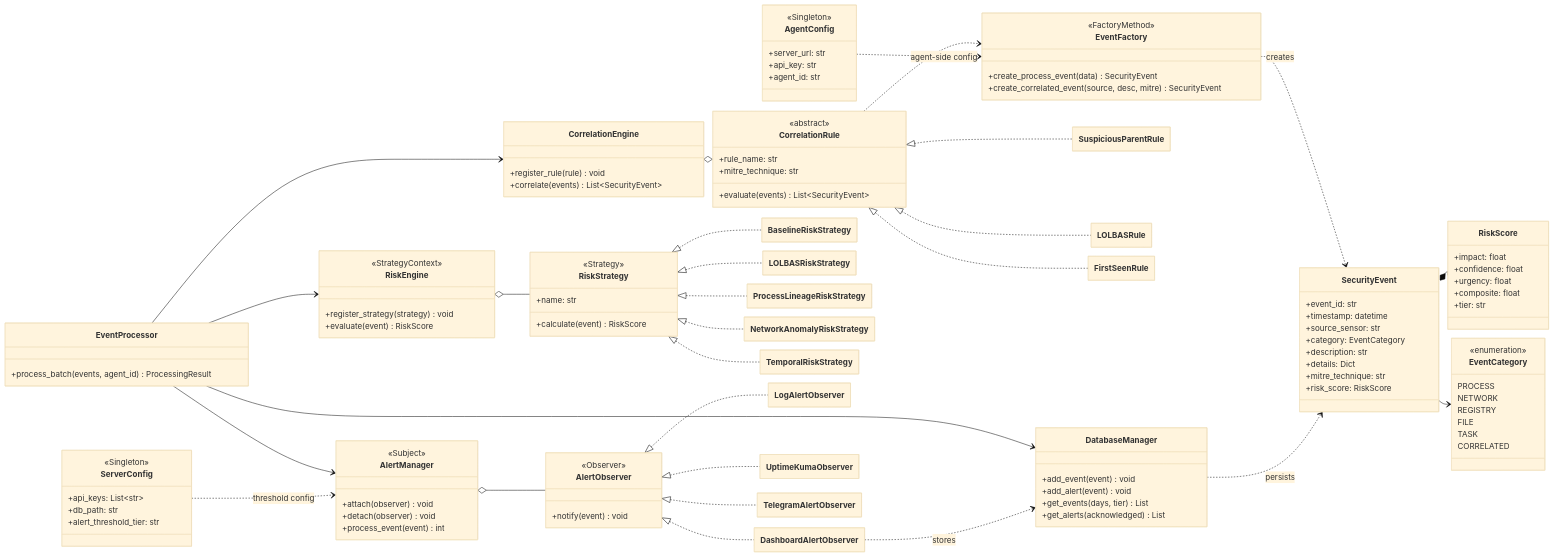
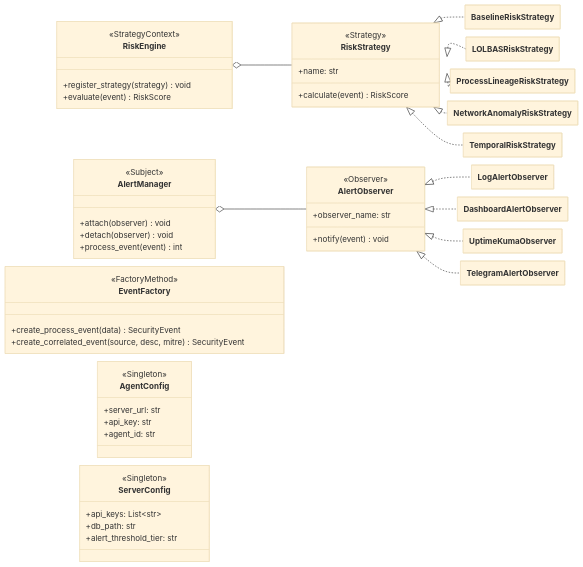
Before and after one commit to kupetsovkn24-lgtm/HIDS: the second of 4 diagrams in uml4.md, drawn with Mermaid. The commit also changed other lines of this file, not shown here.

Commit message:
Refactor UML diagrams and improve formatting

````diff
--- a/uml4.md
+++ b/uml4.md
@@ -3,36 +79,45 @@
 ```mermaid
-%%{init: {"theme":"base","flowchart":{"nodeSpacing":18,"rankSpacing":18},"class":{"hideEmptyMembersBox":true}}}%%
+%%{init: {"theme":"base","flowchart":{"nodeSpacing":16,"rankSpacing":16},"class":{"hideEmptyMembersBox":true}}}%%
 classDiagram
 direction LR
 
-class SecurityEvent {
-  +event_id: str
-  +timestamp: datetime
-  +source_sensor: str
-  +category: EventCategory
-  +description: str
-  +details: Dict
-  +mitre_technique: str
-  +risk_score: RiskScore
+class RiskEngine {
+  <<StrategyContext>>
+  +register_strategy(strategy) void
+  +evaluate(event) RiskScore
 }
 
-class RiskScore {
-  +impact: float
-  +confidence: float
-  +urgency: float
-  +composite: float
-  +tier: str
+class RiskStrategy {
+  <<Strategy>>
+  <<abstract>>
+  +calculate(event) RiskScore
+  +name: str
 }
 
-class EventCategory {
-  <<enumeration>>
-  PROCESS
-  NETWORK
-  REGISTRY
-  FILE
-  TASK
-  CORRELATED
+class BaselineRiskStrategy
+class LOLBASRiskStrategy
+class ProcessLineageRiskStrategy
+class NetworkAnomalyRiskStrategy
+class TemporalRiskStrategy
+
+class AlertManager {
+  <<Subject>>
+  +attach(observer) void
+  +detach(observer) void
+  +process_event(event) int
 }
+
+class AlertObserver {
+  <<Observer>>
+  <<abstract>>
+  +notify(event) void
+  +observer_name: str
+}
+
+class LogAlertObserver
+class DashboardAlertObserver
+class UptimeKumaObserver
+class TelegramAlertObserver
 
 class EventFactory {
   <<FactoryMethod>>
@@ -54,79 +139,6 @@
   +alert_threshold_tier: str
 }
 
-class CorrelationEngine {
-  +register_rule(rule) void
-  +correlate(events) List~SecurityEvent~
-}
-
-class CorrelationRule {
-  <<abstract>>
-  +evaluate(events) List~SecurityEvent~
-  +rule_name: str
-  +mitre_technique: str
-}
-
-class SuspiciousParentRule
-class LOLBASRule
-class FirstSeenRule
-
-class RiskEngine {
-  <<StrategyContext>>
-  +register_strategy(strategy) void
-  +evaluate(event) RiskScore
-}
-
-class RiskStrategy {
-  <<Strategy>>
-  +calculate(event) RiskScore
-  +name: str
-}
-
-class BaselineRiskStrategy
-class LOLBASRiskStrategy
-class ProcessLineageRiskStrategy
-class NetworkAnomalyRiskStrategy
-class TemporalRiskStrategy
-
-class AlertManager {
-  <<Subject>>
-  +attach(observer) void
-  +detach(observer) void
-  +process_event(event) int
-}
-
-class AlertObserver {
-  <<Observer>>
-  +notify(event) void
-}
-
-class LogAlertObserver
-class DashboardAlertObserver
-class UptimeKumaObserver
-class TelegramAlertObserver
-
-class DatabaseManager {
-  +add_event(event) void
-  +add_alert(event) void
-  +get_events(days, tier) List
-  +get_alerts(acknowledged) List
-}
-
-class EventProcessor {
-  +process_batch(events, agent_id) ProcessingResult
-}
-
-SecurityEvent *-- RiskScore
-SecurityEvent --> EventCategory
-EventFactory ..> SecurityEvent : creates
-DatabaseManager ..> SecurityEvent : persists
-
-CorrelationRule <|.. SuspiciousParentRule
-CorrelationRule <|.. LOLBASRule
-CorrelationRule <|.. FirstSeenRule
-CorrelationEngine o-- CorrelationRule
-CorrelationRule ..> EventFactory
-
 RiskStrategy <|.. BaselineRiskStrategy
 RiskStrategy <|.. LOLBASRiskStrategy
 RiskStrategy <|.. ProcessLineageRiskStrategy
@@ -139,12 +151,4 @@
 AlertObserver <|.. UptimeKumaObserver
 AlertObserver <|.. TelegramAlertObserver
 AlertManager o-- AlertObserver
-
-EventProcessor --> CorrelationEngine
-EventProcessor --> RiskEngine
-EventProcessor --> AlertManager
-EventProcessor --> DatabaseManager
-DashboardAlertObserver ..> DatabaseManager : stores
-AgentConfig ..> EventFactory : agent-side config
-ServerConfig ..> AlertManager : threshold config
 ```
````
